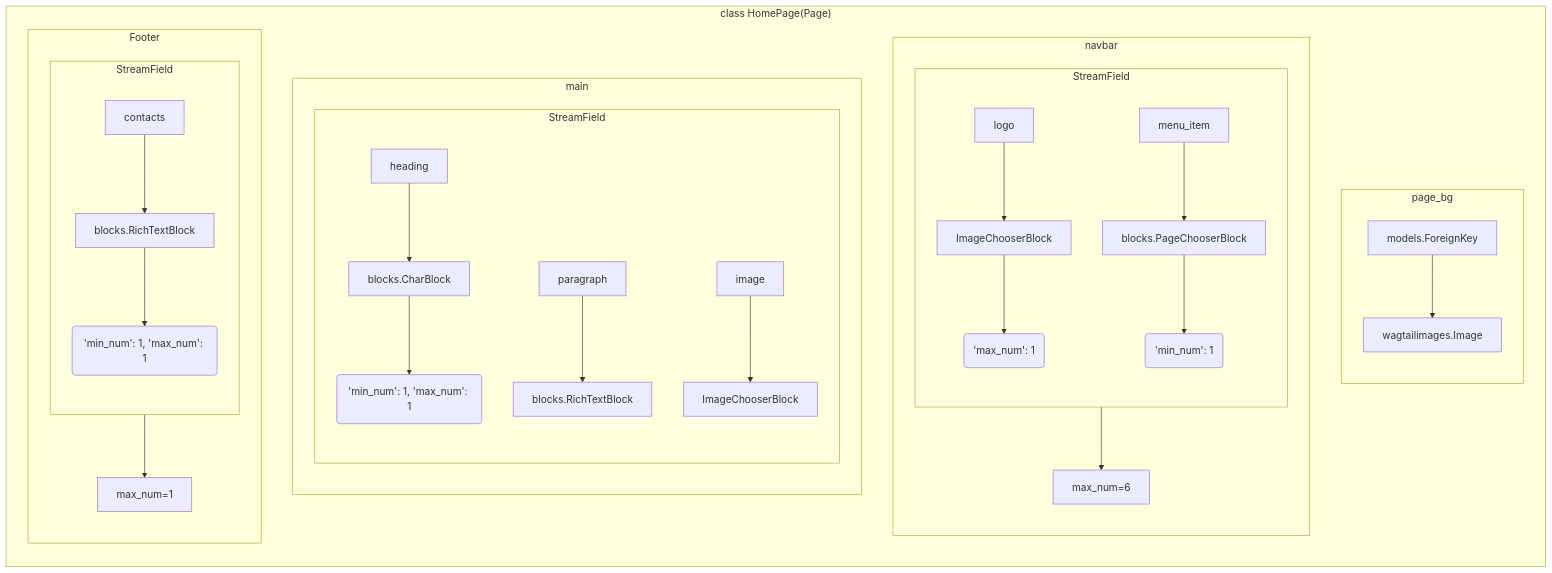
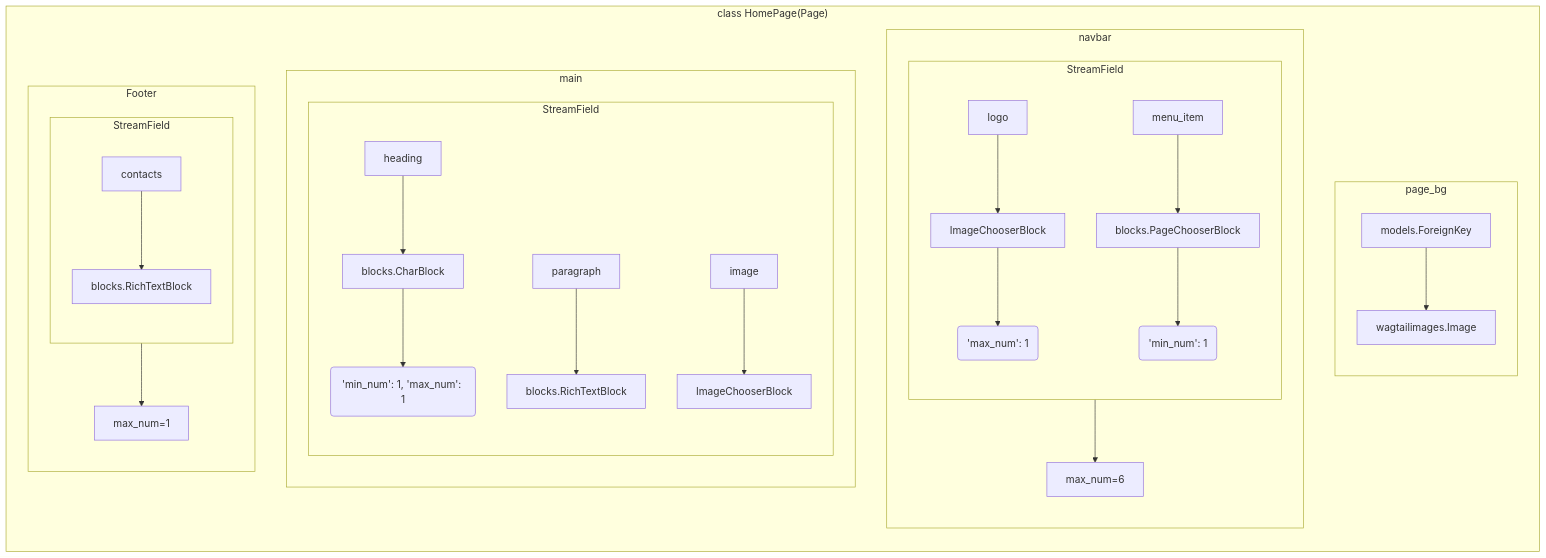
The diagram in README.md (Shukik85/TailAlice), drawn with Mermaid before and after one commit.

````diff
--- a/README.md
+++ b/README.md
@@ -2,37 +2,37 @@
 ```mermaid
 flowchart TD
 
     subgraph A["class HomePage(Page)"]
         direction TB
         subgraph page_bg
             direction TB
             models.ForeignKey --> W["wagtailimages.Image"];
             end
         subgraph navbar
             direction TB
             subgraph S1[StreamField]
             direction TB
                 logo --> IC1[ImageChooserBlock] --> V1("'max_num': 1");
                 menu_item --> blocks.PageChooserBlock --> V2("'min_num': 1");
                 end
             S1 --> MN1["max_num=6"];
             end
         subgraph main
             direction TB
             subgraph S2[StreamField]
                 direction TB
                 heading --> blocks.CharBlock --> V3("'min_num': 1, 'max_num': 1");
                 paragraph --> RT1[blocks.RichTextBlock];
                 I2[image] --> IC2[ImageChooserBlock];
                 end
             end
         subgraph Footer
             direction TB
             subgraph S3[StreamField]
                 direction TB
-                contacts --> RT2[blocks.RichTextBlock] --> V5('min_num': 1, 'max_num': 1)
+                contacts --> RT2[blocks.RichTextBlock];
                 end
             S3 --> MN2["max_num=1"];
             end
         end
 ```
````
